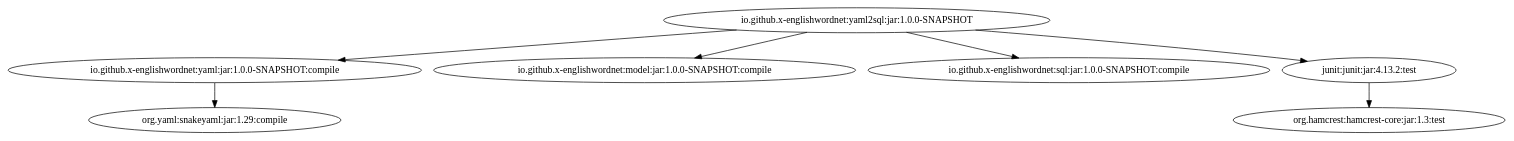
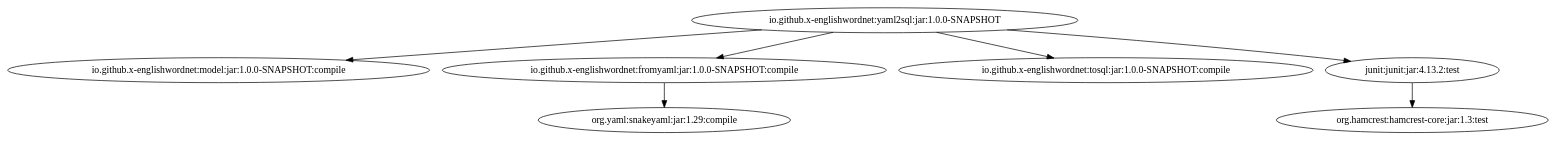
The diagram in images/grind-yaml2sql.dot (oewntk/grind_yaml2sql), drawn with Graphviz before and after one commit. The commit also changed 1 other file, not shown here.

```diff
--- a/images/grind-yaml2sql.dot
+++ b/images/grind-yaml2sql.dot
@@ -1,8 +1,8 @@
 digraph "io.github.x-englishwordnet:yaml2sql:jar:1.0.0-SNAPSHOT" { 
-	"io.github.x-englishwordnet:yaml2sql:jar:1.0.0-SNAPSHOT" -> "io.github.x-englishwordnet:yaml:jar:1.0.0-SNAPSHOT:compile" ; 
 	"io.github.x-englishwordnet:yaml2sql:jar:1.0.0-SNAPSHOT" -> "io.github.x-englishwordnet:model:jar:1.0.0-SNAPSHOT:compile" ; 
-	"io.github.x-englishwordnet:yaml2sql:jar:1.0.0-SNAPSHOT" -> "io.github.x-englishwordnet:sql:jar:1.0.0-SNAPSHOT:compile" ; 
+	"io.github.x-englishwordnet:yaml2sql:jar:1.0.0-SNAPSHOT" -> "io.github.x-englishwordnet:fromyaml:jar:1.0.0-SNAPSHOT:compile" ; 
+	"io.github.x-englishwordnet:yaml2sql:jar:1.0.0-SNAPSHOT" -> "io.github.x-englishwordnet:tosql:jar:1.0.0-SNAPSHOT:compile" ; 
 	"io.github.x-englishwordnet:yaml2sql:jar:1.0.0-SNAPSHOT" -> "junit:junit:jar:4.13.2:test" ; 
-	"io.github.x-englishwordnet:yaml:jar:1.0.0-SNAPSHOT:compile" -> "org.yaml:snakeyaml:jar:1.29:compile" ; 
+	"io.github.x-englishwordnet:fromyaml:jar:1.0.0-SNAPSHOT:compile" -> "org.yaml:snakeyaml:jar:1.29:compile" ; 
 	"junit:junit:jar:4.13.2:test" -> "org.hamcrest:hamcrest-core:jar:1.3:test" ; 
  } 
```
